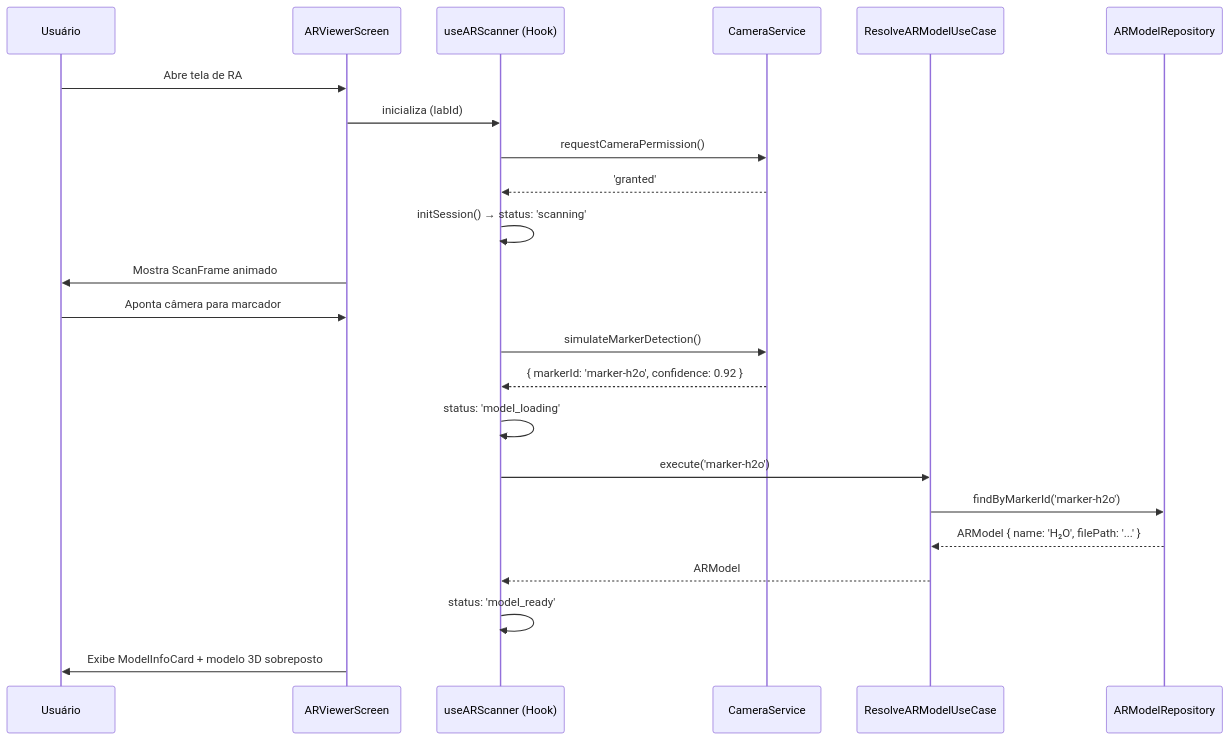
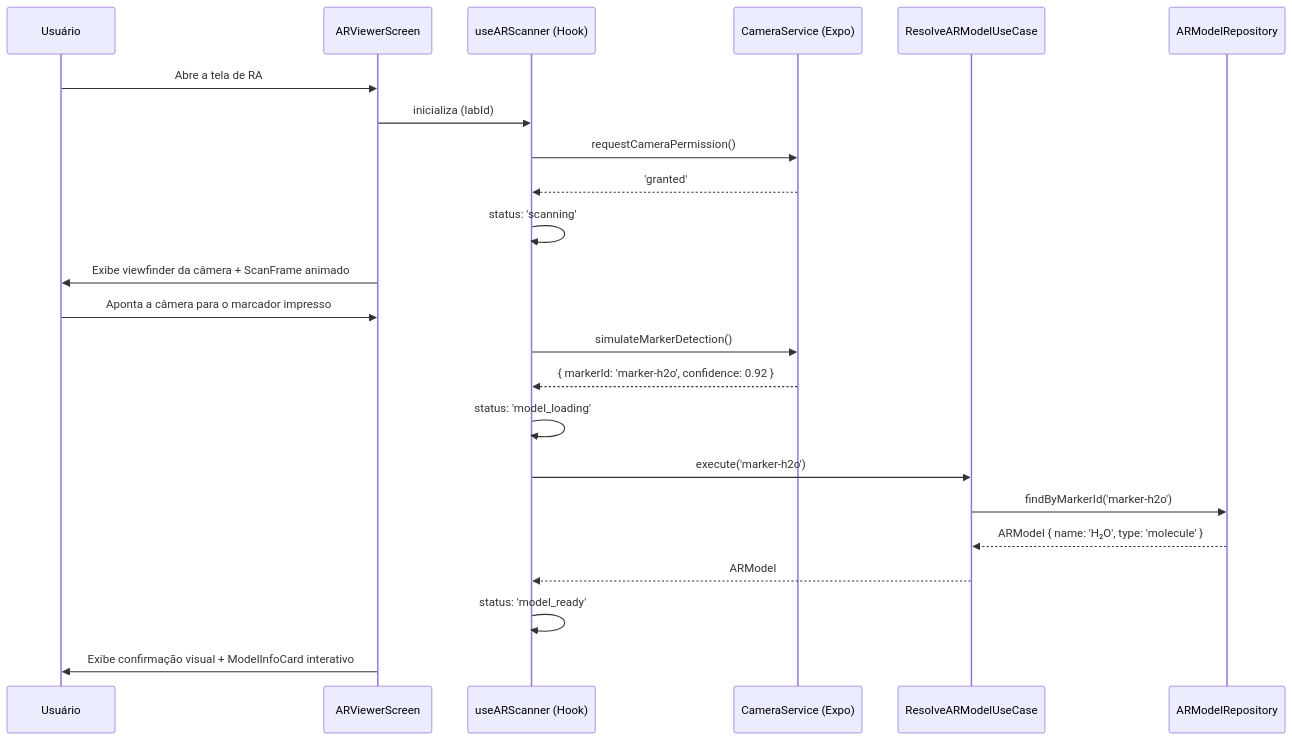
One commit to DJmesh/ar-lab-react-native changed the diagram in README.md. Above: the diagram before and after it, drawn with Mermaid. The commit also changed other lines of this file, not shown here.

First line of the commit message:
docs(readme): add Expo SDK 57 overview and Expo Go execution guide

````diff
--- a/README.md
+++ b/README.md
@@ -266,29 +199,29 @@
 ```mermaid
 sequenceDiagram
     participant U as Usuário
     participant UI as ARViewerScreen
     participant H as useARScanner (Hook)
-    participant CS as CameraService
+    participant CS as CameraService (Expo)
     participant UC as ResolveARModelUseCase
     participant R as ARModelRepository
 
-    U->>UI: Abre tela de RA
+    U->>UI: Abre a tela de RA
     UI->>H: inicializa (labId)
     H->>CS: requestCameraPermission()
     CS-->>H: 'granted'
-    H->>H: initSession() → status: 'scanning'
-    UI->>U: Mostra ScanFrame animado
+    H->>H: status: 'scanning'
+    UI->>U: Exibe viewfinder da câmera + ScanFrame animado
 
-    U->>UI: Aponta câmera para marcador
+    U->>UI: Aponta a câmera para o marcador impresso
     H->>CS: simulateMarkerDetection()
     CS-->>H: { markerId: 'marker-h2o', confidence: 0.92 }
     H->>H: status: 'model_loading'
 
     H->>UC: execute('marker-h2o')
     UC->>R: findByMarkerId('marker-h2o')
-    R-->>UC: ARModel { name: 'H₂O', filePath: '...' }
+    R-->>UC: ARModel { name: 'H₂O', type: 'molecule' }
     UC-->>H: ARModel
     H->>H: status: 'model_ready'
 
-    UI->>U: Exibe ModelInfoCard + modelo 3D sobreposto
+    UI->>U: Exibe confirmação visual + ModelInfoCard interativo
 ```
````
